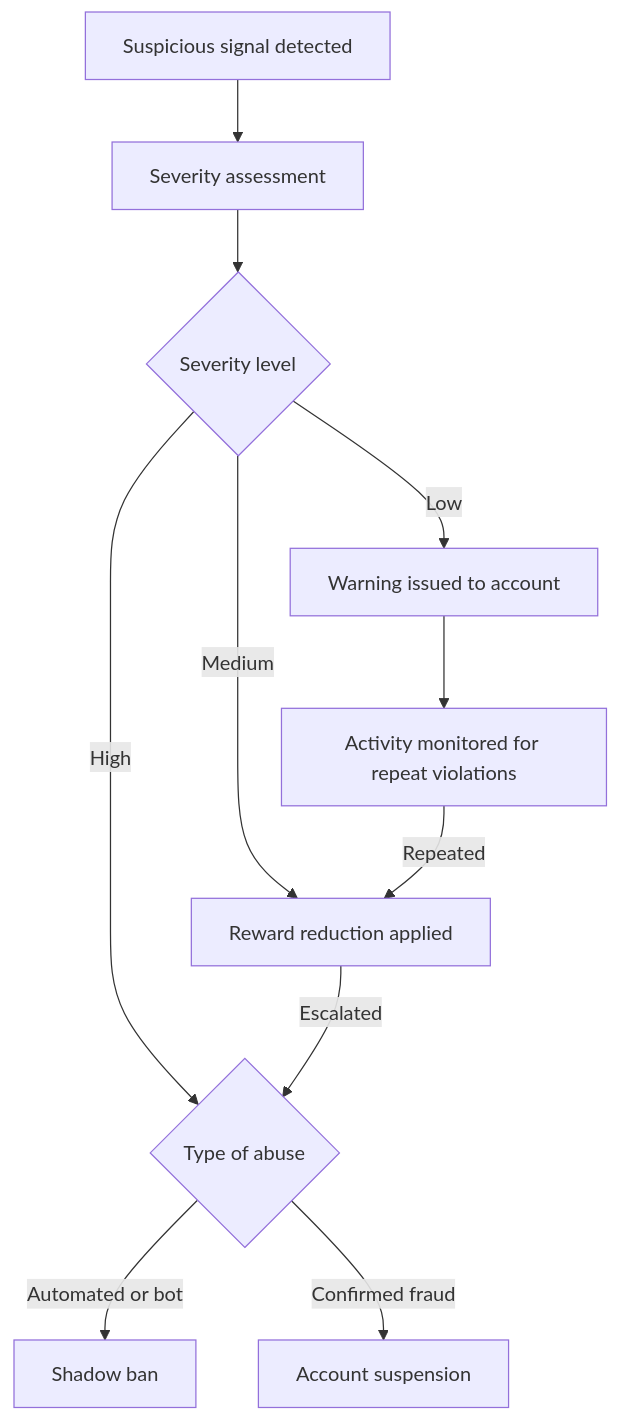
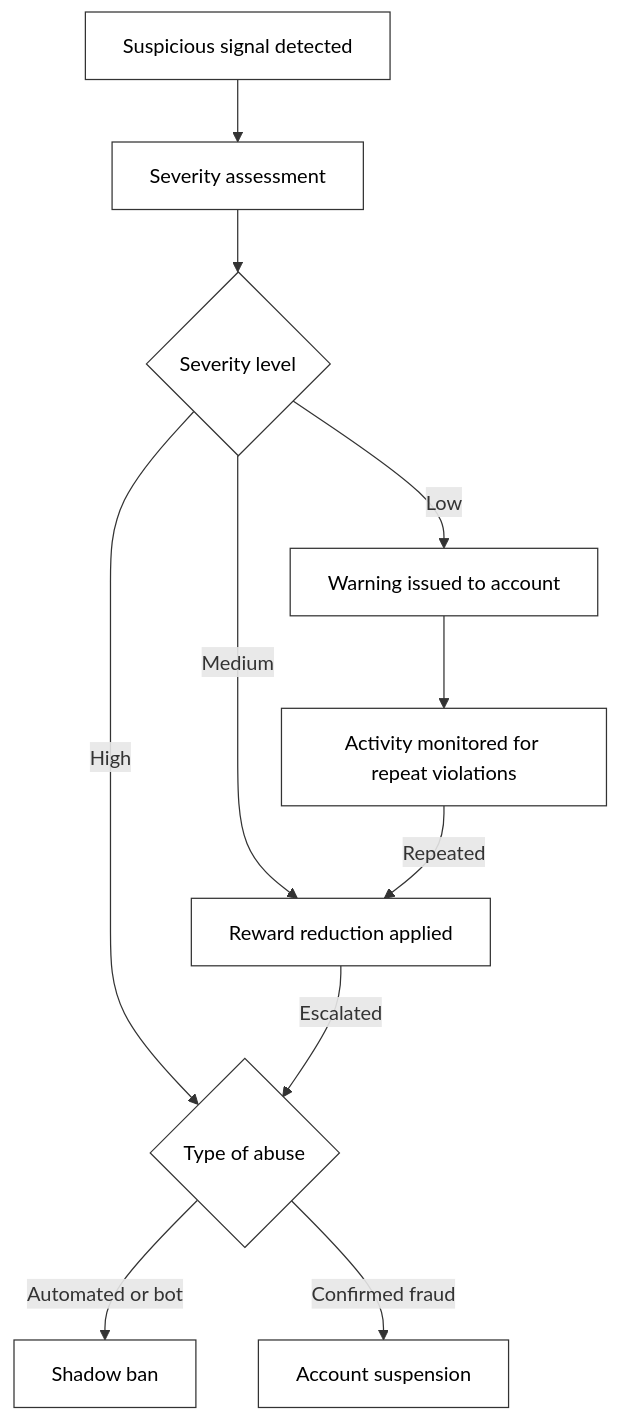
The first of 2 diagrams in anti-cheat.md (Nexora-Node/Docs), drawn with Mermaid before and after one commit. The commit also changed other lines of this file and 5 other files, not shown here.

Commit message:
docs: set all diagram nodes to white fill with border only

````diff
--- a/anti-cheat.md
+++ b/anti-cheat.md
@@ -35,13 +35,23 @@
 ```mermaid
 flowchart TD
     A[Suspicious signal detected] --> B[Severity assessment]
     B --> C{Severity level}
     C -->|Low| D[Warning issued to account]
     C -->|Medium| E[Reward reduction applied]
     C -->|High| F{Type of abuse}
     F -->|Automated or bot| G[Shadow ban]
     F -->|Confirmed fraud| H[Account suspension]
     D --> I[Activity monitored for repeat violations]
     I -->|Repeated| E
     E -->|Escalated| F
+
+    style A fill:#fff,stroke:#333,color:#000
+    style B fill:#fff,stroke:#333,color:#000
+    style C fill:#fff,stroke:#333,color:#000
+    style D fill:#fff,stroke:#333,color:#000
+    style E fill:#fff,stroke:#333,color:#000
+    style F fill:#fff,stroke:#333,color:#000
+    style G fill:#fff,stroke:#333,color:#000
+    style H fill:#fff,stroke:#333,color:#000
+    style I fill:#fff,stroke:#333,color:#000
 ```
````
